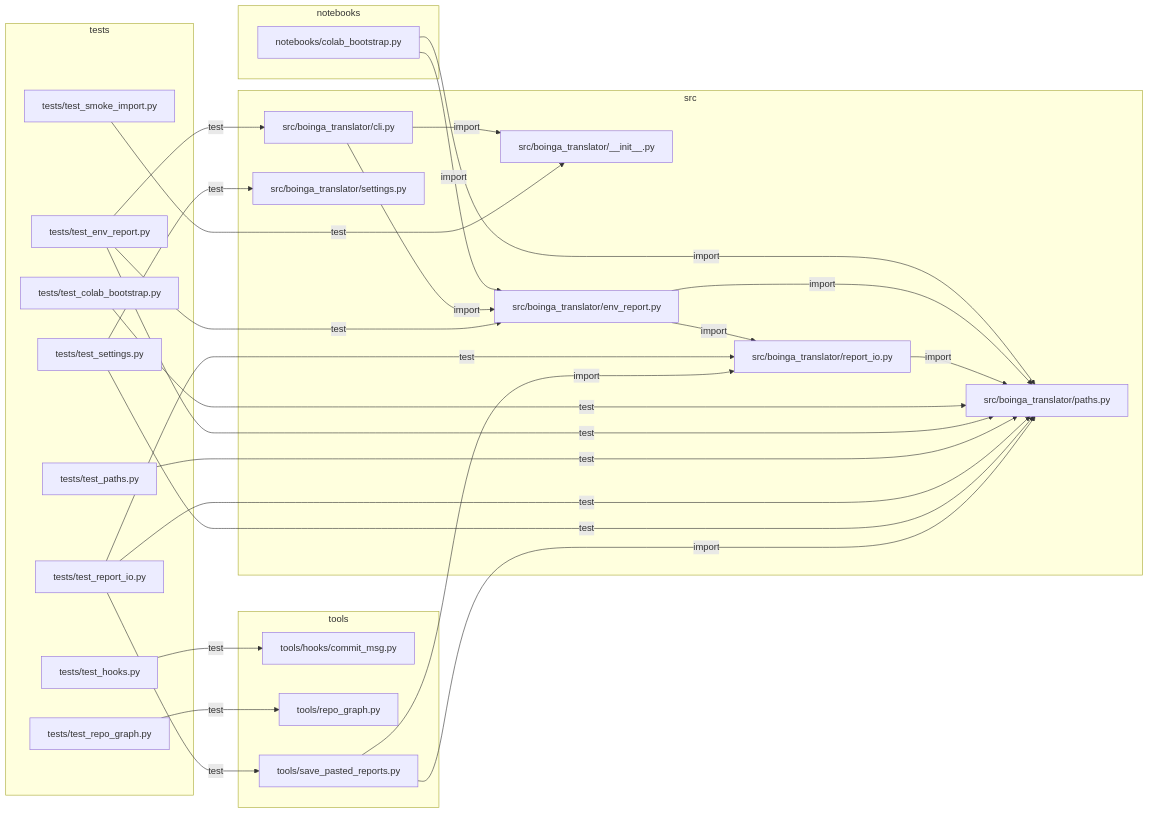
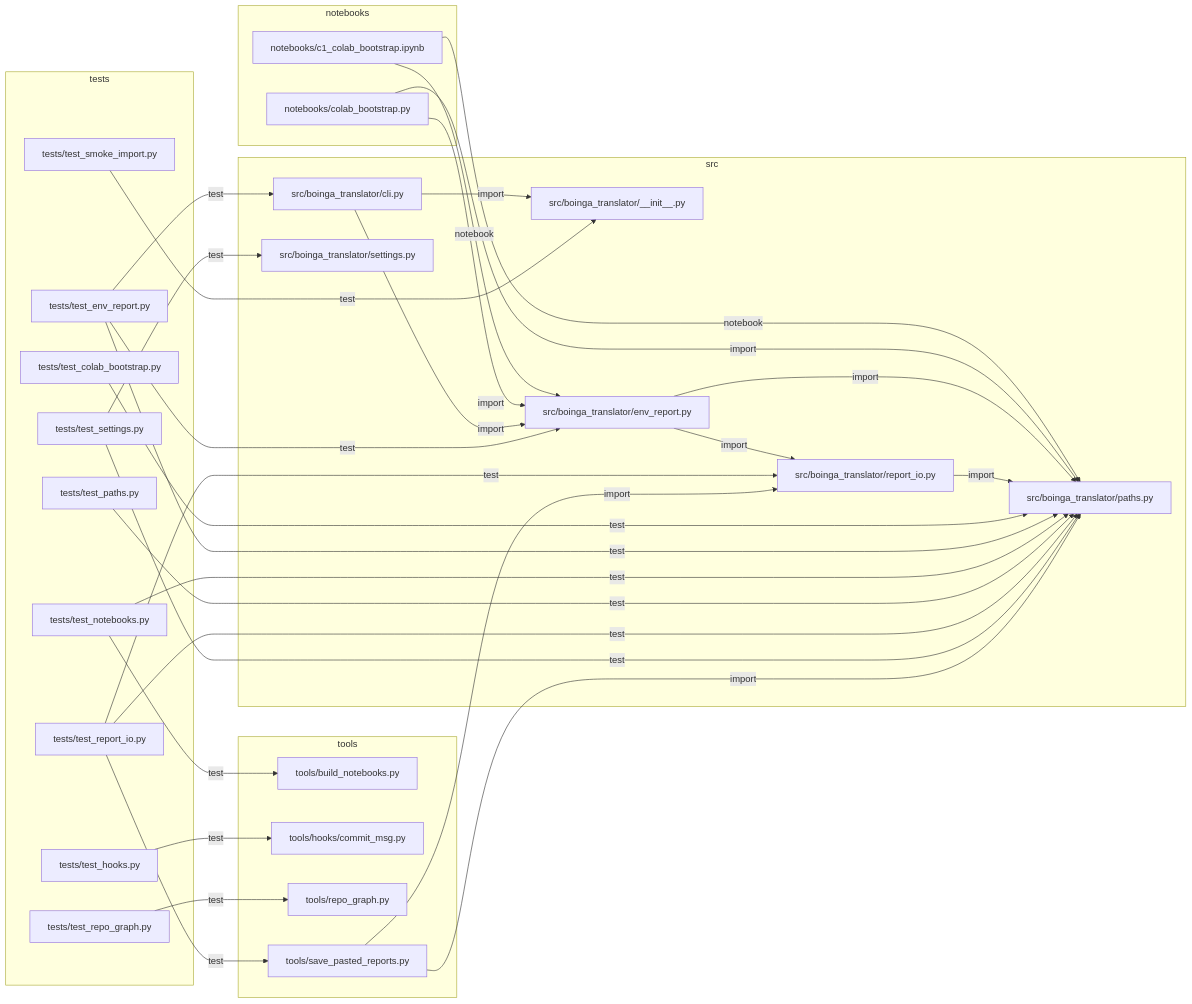
One commit to asparagusD/boinga-translator changed the diagram in docs/REPO_GRAPH.md. Above: the diagram before and after it, drawn with Mermaid. The commit also changed other lines of this file and 8 other files, not shown here.

````diff
--- a/docs/REPO_GRAPH.md
+++ b/docs/REPO_GRAPH.md
@@ -67,51 +70,58 @@
 ```mermaid
 graph LR
   subgraph sg_notebooks["notebooks"]
+    n_notebooks_c1_colab_bootstrap_ipynb["notebooks/c1_colab_bootstrap.ipynb"]
     n_notebooks_colab_bootstrap_py["notebooks/colab_bootstrap.py"]
   end
   subgraph sg_src["src"]
     n_src_boinga_translator___init___py["src/boinga_translator/__init__.py"]
     n_src_boinga_translator_cli_py["src/boinga_translator/cli.py"]
     n_src_boinga_translator_env_report_py["src/boinga_translator/env_report.py"]
     n_src_boinga_translator_paths_py["src/boinga_translator/paths.py"]
     n_src_boinga_translator_report_io_py["src/boinga_translator/report_io.py"]
     n_src_boinga_translator_settings_py["src/boinga_translator/settings.py"]
   end
   subgraph sg_tests["tests"]
     n_tests_test_colab_bootstrap_py["tests/test_colab_bootstrap.py"]
     n_tests_test_env_report_py["tests/test_env_report.py"]
     n_tests_test_hooks_py["tests/test_hooks.py"]
+    n_tests_test_notebooks_py["tests/test_notebooks.py"]
     n_tests_test_paths_py["tests/test_paths.py"]
     n_tests_test_repo_graph_py["tests/test_repo_graph.py"]
     n_tests_test_report_io_py["tests/test_report_io.py"]
     n_tests_test_settings_py["tests/test_settings.py"]
     n_tests_test_smoke_import_py["tests/test_smoke_import.py"]
   end
   subgraph sg_tools["tools"]
+    n_tools_build_notebooks_py["tools/build_notebooks.py"]
     n_tools_hooks_commit_msg_py["tools/hooks/commit_msg.py"]
     n_tools_repo_graph_py["tools/repo_graph.py"]
     n_tools_save_pasted_reports_py["tools/save_pasted_reports.py"]
   end
+  n_notebooks_c1_colab_bootstrap_ipynb -->|notebook| n_src_boinga_translator_env_report_py
+  n_notebooks_c1_colab_bootstrap_ipynb -->|notebook| n_src_boinga_translator_paths_py
   n_notebooks_colab_bootstrap_py -->|import| n_src_boinga_translator_env_report_py
   n_notebooks_colab_bootstrap_py -->|import| n_src_boinga_translator_paths_py
   n_src_boinga_translator_cli_py -->|import| n_src_boinga_translator___init___py
   n_src_boinga_translator_cli_py -->|import| n_src_boinga_translator_env_report_py
   n_src_boinga_translator_env_report_py -->|import| n_src_boinga_translator_paths_py
   n_src_boinga_translator_env_report_py -->|import| n_src_boinga_translator_report_io_py
   n_src_boinga_translator_report_io_py -->|import| n_src_boinga_translator_paths_py
   n_tests_test_colab_bootstrap_py -->|test| n_src_boinga_translator_paths_py
   n_tests_test_env_report_py -->|test| n_src_boinga_translator_cli_py
   n_tests_test_env_report_py -->|test| n_src_boinga_translator_env_report_py
   n_tests_test_env_report_py -->|test| n_src_boinga_translator_paths_py
   n_tests_test_hooks_py -->|test| n_tools_hooks_commit_msg_py
+  n_tests_test_notebooks_py -->|test| n_src_boinga_translator_paths_py
+  n_tests_test_notebooks_py -->|test| n_tools_build_notebooks_py
   n_tests_test_paths_py -->|test| n_src_boinga_translator_paths_py
   n_tests_test_repo_graph_py -->|test| n_tools_repo_graph_py
   n_tests_test_report_io_py -->|test| n_src_boinga_translator_paths_py
   n_tests_test_report_io_py -->|test| n_src_boinga_translator_report_io_py
   n_tests_test_report_io_py -->|test| n_tools_save_pasted_reports_py
   n_tests_test_settings_py -->|test| n_src_boinga_translator_paths_py
   n_tests_test_settings_py -->|test| n_src_boinga_translator_settings_py
   n_tests_test_smoke_import_py -->|test| n_src_boinga_translator___init___py
   n_tools_save_pasted_reports_py -->|import| n_src_boinga_translator_paths_py
   n_tools_save_pasted_reports_py -->|import| n_src_boinga_translator_report_io_py
 ```
````
